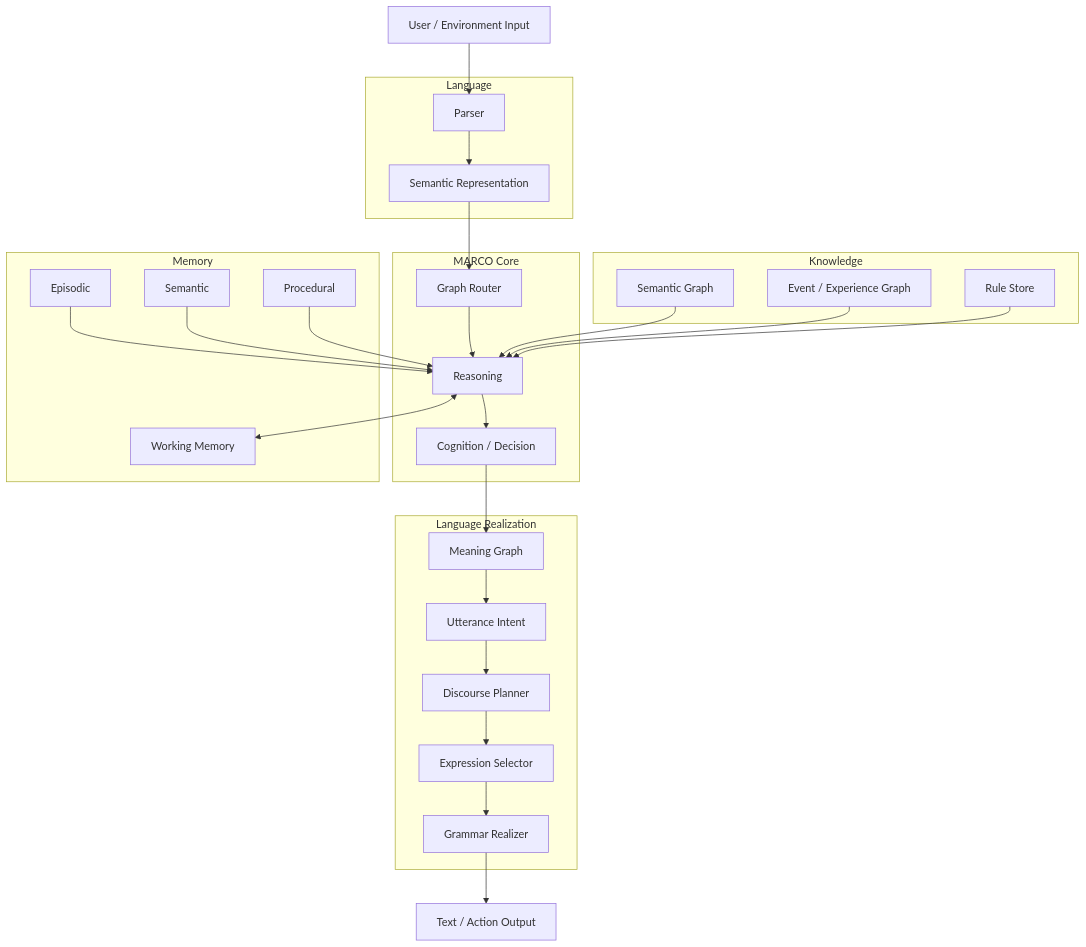
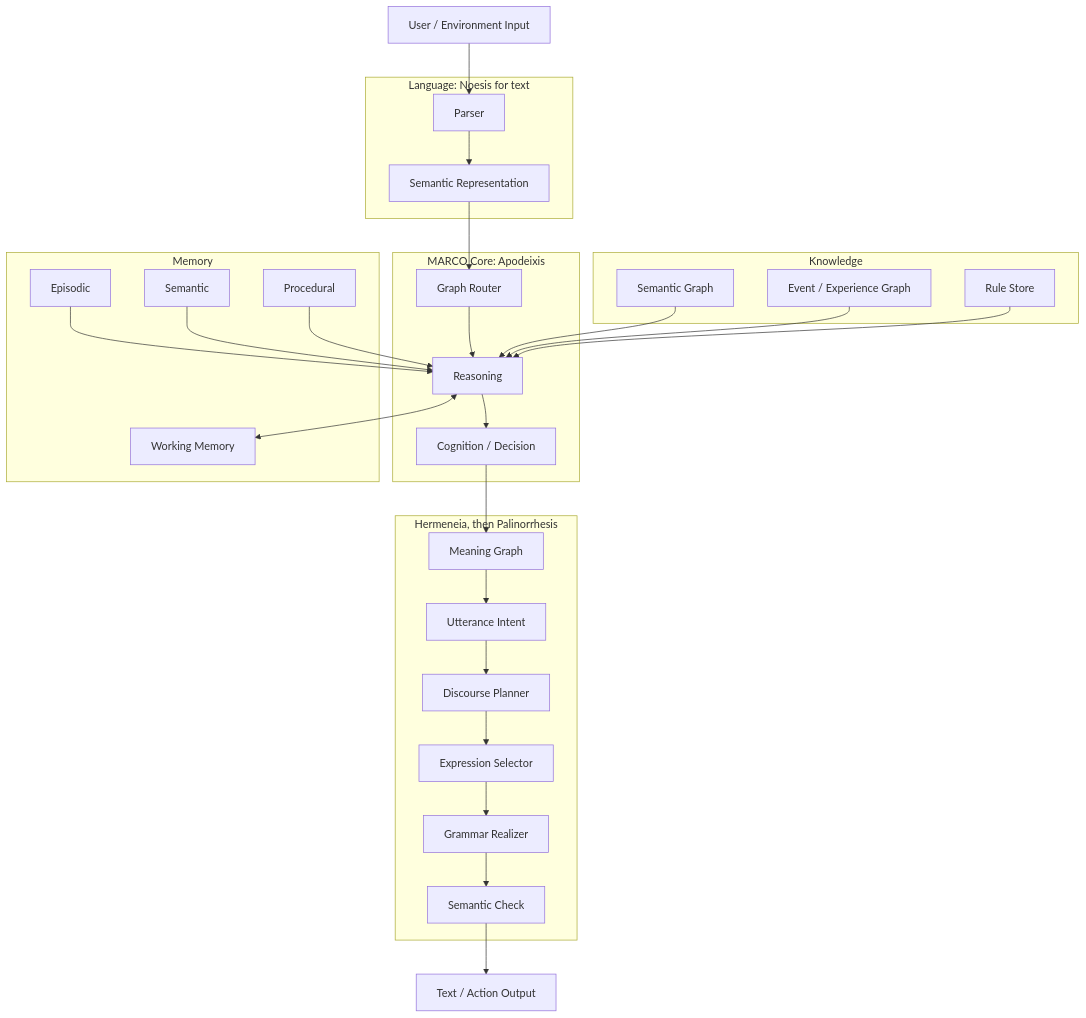
One commit to DoTaeIn/Marco changed the second of 3 diagrams in README.md. Above: the diagram before and after it, drawn with Mermaid. The commit also changed other lines of this file, not shown here.

````diff
--- a/README.md
+++ b/README.md
@@ -255,62 +332,64 @@
 ```mermaid
 flowchart TD
 
     INPUT[User / Environment Input]
 
-    subgraph LANG[Language]
+    subgraph LANG[Language: Noesis for text]
         PARSE[Parser]
         SEM[Semantic Representation]
     end
 
-    subgraph CORE[MARCO Core]
+    subgraph CORE[MARCO Core: Apodeixis]
         ROUTER[Graph Router]
         REASON[Reasoning]
         COG[Cognition / Decision]
     end
 
     subgraph KNOW[Knowledge]
         KG[Semantic Graph]
         EVENT[Event / Experience Graph]
         RULES[Rule Store]
     end
 
     subgraph MEM[Memory]
         WM[Working Memory]
         EP[Episodic]
         SM[Semantic]
         PM[Procedural]
     end
 
-    subgraph OUT[Language Realization]
+    subgraph OUT[Hermeneia, then Palinorrhesis]
         MEANING[Meaning Graph]
         INTENT[Utterance Intent]
         DISC[Discourse Planner]
         EXPR[Expression Selector]
         GRAMMAR[Grammar Realizer]
+        CHECK[Semantic Check]
     end
 
     OUTPUT[Text / Action Output]
 
     INPUT --> PARSE
     PARSE --> SEM
     SEM --> ROUTER
 
     ROUTER --> REASON
     KG --> REASON
     EVENT --> REASON
     RULES --> REASON
 
     REASON <--> WM
     EP --> REASON
     SM --> REASON
     PM --> REASON
 
     REASON --> COG
     COG --> MEANING
 
     MEANING --> INTENT
     INTENT --> DISC
     DISC --> EXPR
     EXPR --> GRAMMAR
-    GRAMMAR --> OUTPUT
+    GRAMMAR --> CHECK
+    CHECK --> OUTPUT
 ```
````
